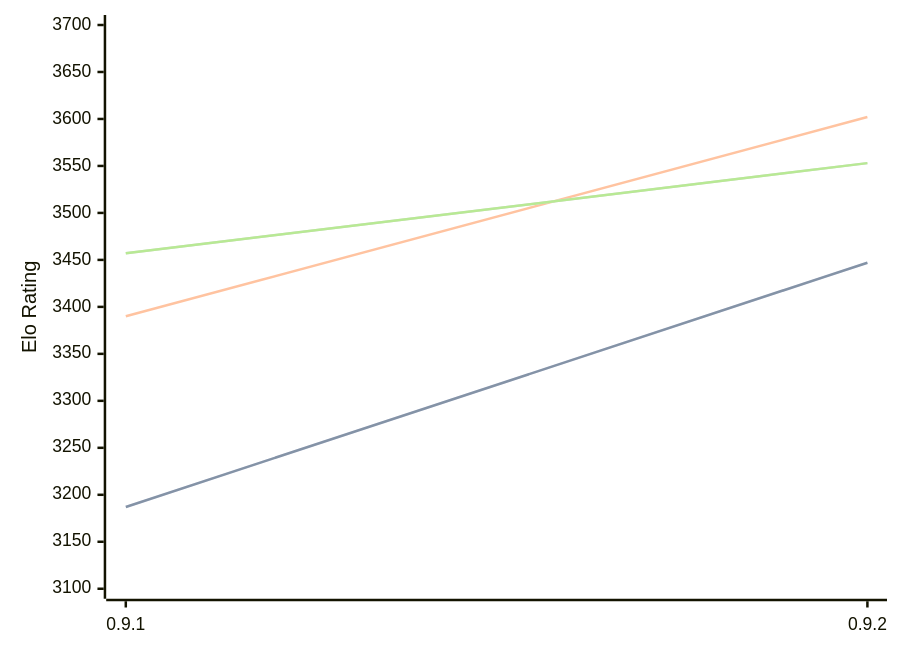
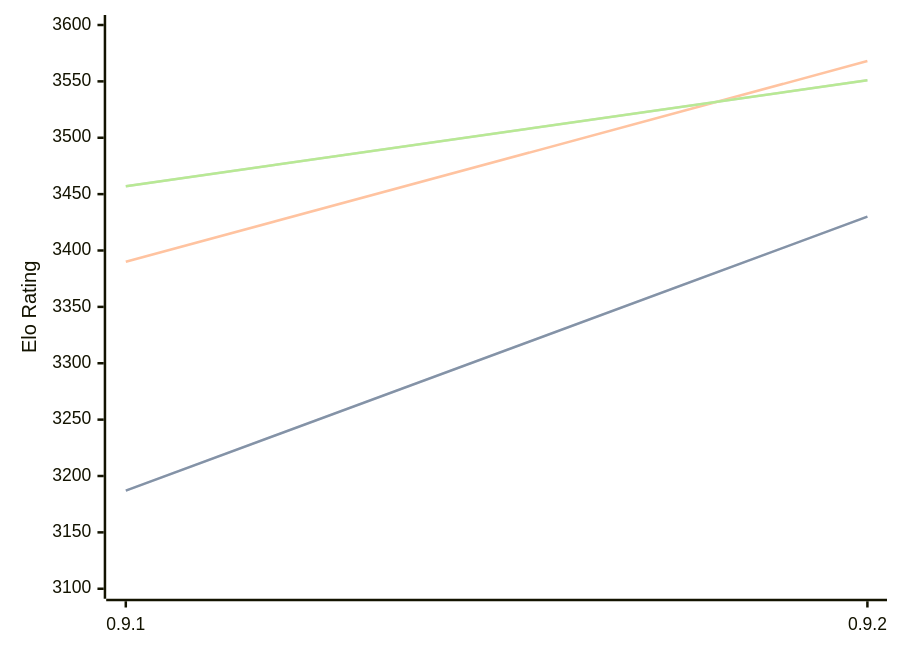
The diagram in engines/Coda.md (computer-chess-index/cci), drawn with Mermaid before and after one commit. The commit also changed other lines of this file, not shown here.

Commit message:
Update CCI Ratings (ELO VLTC) - 2026-07-19

````diff
--- a/engines/Coda.md
+++ b/engines/Coda.md
@@ -32,11 +32,11 @@
 ```mermaid
 %%{init: {"theme":"base","themeVariables":{"seriesColors:['#a3a3a3','#222221','#faa371']}}}%%
 xychart-beta
   x-axis ["0.9.1", "0.9.2"]
-  y-axis "Elo Rating" 3100 --> 3700
-  line "STC (8.0+0.08s)" [3187, 3447]
-  line "STC (8.0+0.08s)" [3187, 3447]
-  line "LTC (60.0+0.60s)" [3390, 3602]
-  line "VLTC (2m24s+1.12s)" [3457, 3553]
-  line "VLTC (2m24s+1.12s)" [3457, 3553]
+  y-axis "Elo Rating" 3100 --> 3600
+  line "STC (8.0+0.08s)" [3187, 3430]
+  line "STC (8.0+0.08s)" [3187, 3430]
+  line "LTC (60.0+0.60s)" [3390, 3568]
+  line "VLTC (2m24s+1.12s)" [3457, 3551]
+  line "VLTC (2m24s+1.12s)" [3457, 3551]
 ```
````
